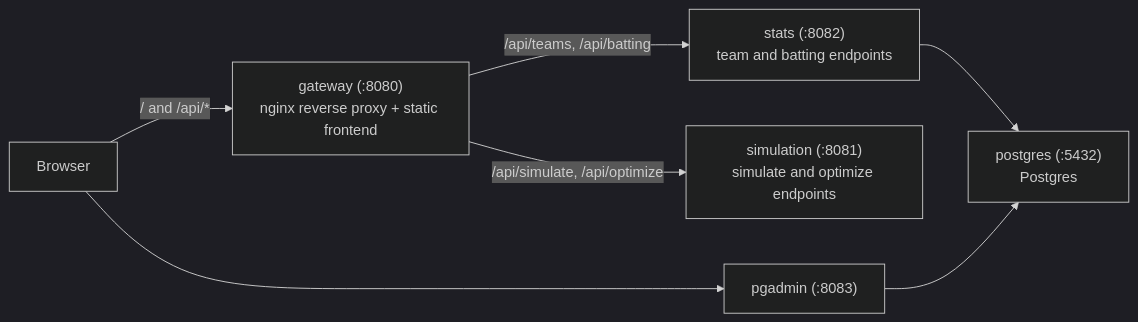
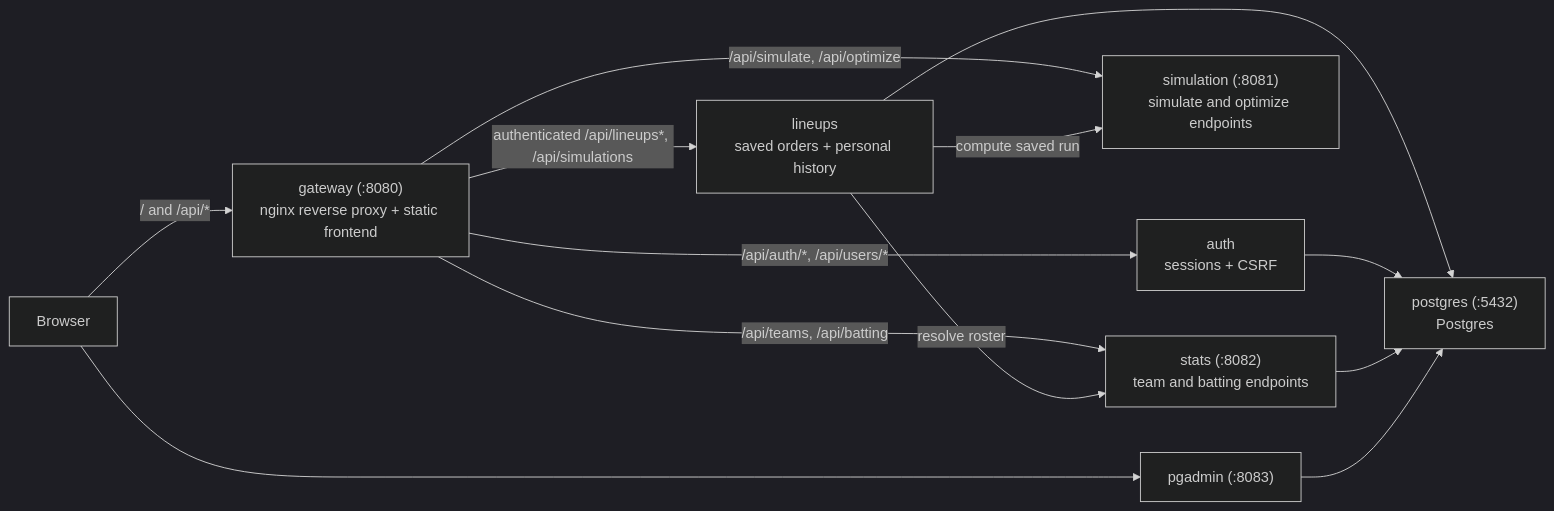
One commit to jerry871002/lineup-lab changed the diagram in README.md. Above: the diagram before and after it, drawn with Mermaid (dark theme). The commit also changed other lines of this file and 9 other files, not shown here.

First line of the commit message:
frontend: connect saved lineups and personal simulation history

````diff
--- a/README.md
+++ b/README.md
@@ -23,16 +27,24 @@
 ```mermaid
 flowchart LR
     Browser["Browser"]
     Gateway["gateway (:8080)\nnginx reverse proxy + static frontend"]
     Stat["stats (:8082)\nteam and batting endpoints"]
     Sim["simulation (:8081)\nsimulate and optimize endpoints"]
+    Auth["auth\nsessions + CSRF"]
+    Lineups["lineups\nsaved orders + personal history"]
     DB["postgres (:5432)\nPostgres"]
     PgAdmin["pgadmin (:8083)"]
 
     Browser -->|"/ and /api/*"| Gateway
     Gateway -->|"/api/teams, /api/batting"| Stat
     Gateway -->|"/api/simulate, /api/optimize"| Sim
+    Gateway -->|"/api/auth/*, /api/users/*"| Auth
+    Gateway -->|"authenticated /api/lineups*, /api/simulations"| Lineups
+    Lineups -->|"resolve roster"| Stat
+    Lineups -->|"compute saved run"| Sim
+    Lineups --> DB
+    Auth --> DB
     Stat --> DB
     PgAdmin --> DB
     Browser --> PgAdmin
 ```
````
